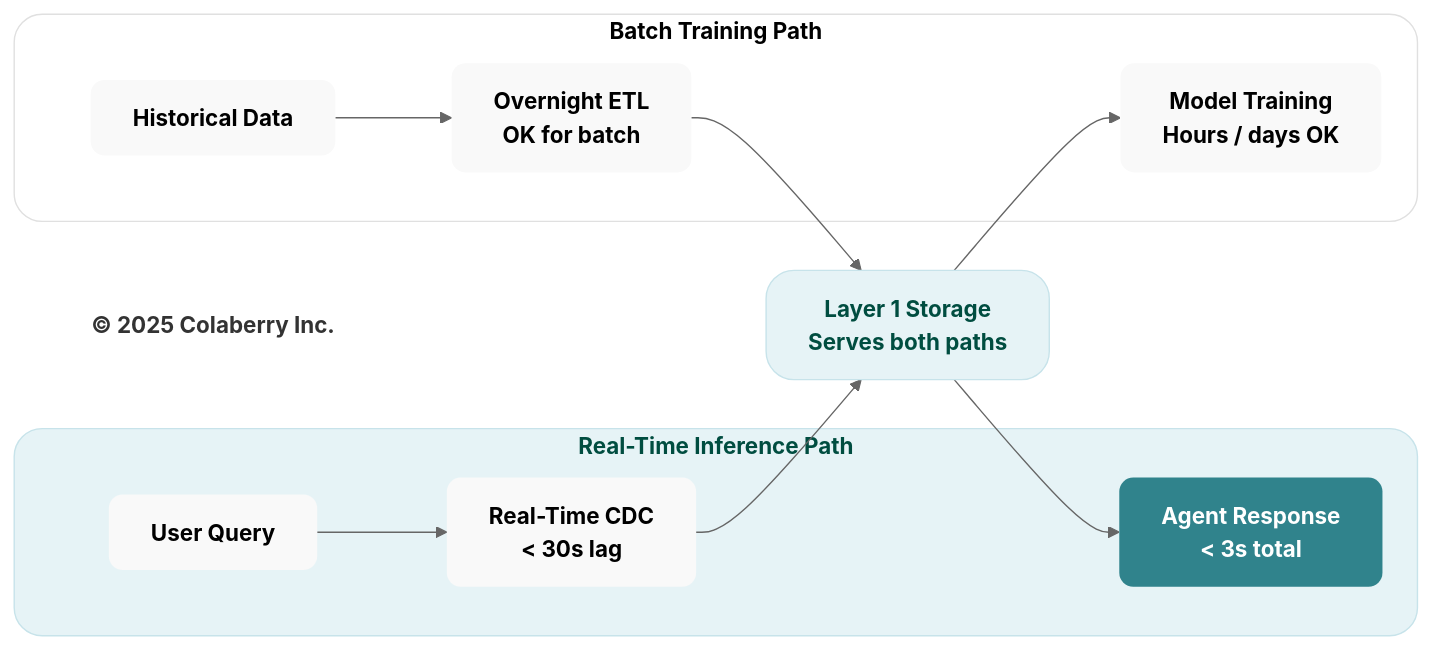
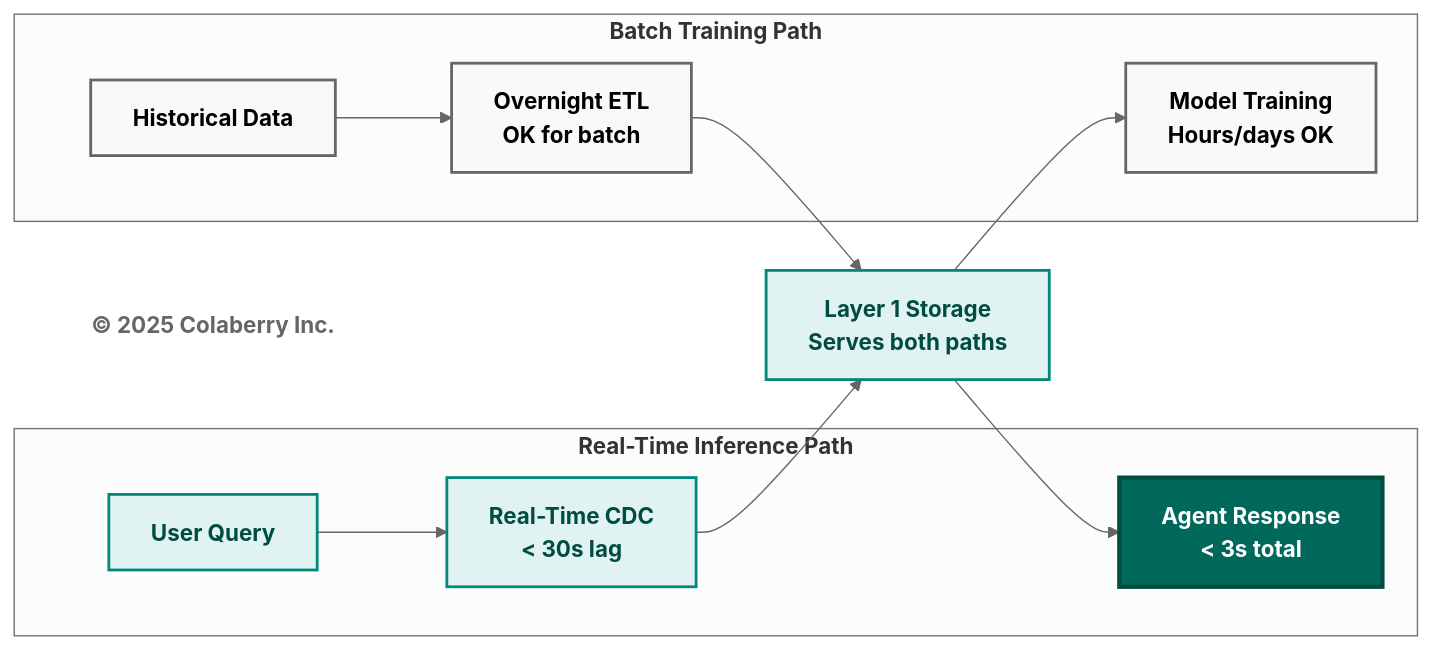
The eighth of 11 diagrams in manuscript/05_chapter_4_foundation_layers.md (saitejesh-cyber/trust-before-intelligence-book), drawn with Mermaid (neutral theme) before and after one commit. The commit also changed other lines of this file and 12 other files, not shown here.

Commit message:
Restore legacy Mermaid styles for Option 1

````diff
--- a/manuscript/05_chapter_4_foundation_layers.md
+++ b/manuscript/05_chapter_4_foundation_layers.md
@@ -854,32 +848,30 @@
 ```mermaid
 graph LR
-    subgraph RT["<b>Real-Time Inference Path</b>"]
+    subgraph "<b>Real-Time Inference Path</b>"
         I1["<b>User Query</b>"]
-        I2["<b>Real-Time CDC</b><br/><b>&lt; 30s lag</b>"]
-        I3["<b>Agent Response</b><br/><b>&lt; 3s total</b>"]
+        I2["<b>Real-Time CDC</b><br/><b>< 30s lag</b>"]
+        I3["<b>Agent Response</b><br/><b>< 3s total</b>"]
     end
     
-    subgraph BATCH["<b>Batch Training Path</b>"]
+    subgraph "<b>Batch Training Path</b>"
         T1["<b>Historical Data</b>"]
         T2["<b>Overnight ETL</b><br/><b>OK for batch</b>"]
-        T3["<b>Model Training</b><br/><b>Hours / days OK</b>"]
+        T3["<b>Model Training</b><br/><b>Hours/days OK</b>"]
     end
     
     STORAGE["<b>Layer 1 Storage</b><br/><b>Serves both paths</b>"]
     
     Copyright["<b>© 2025 Colaberry Inc.</b>"]
     
     I1 --> I2 --> STORAGE --> I3
     T1 --> T2 --> STORAGE --> T3
-
-    style RT fill:#e6f3f6,stroke:#c7e3ea,stroke-width:1px,color:#004d40,rx:20,ry:20
-    style I1 fill:#f9f9f9,stroke:none,color:#000000,rx:10,ry:10
-    style I2 fill:#f9f9f9,stroke:none,color:#000000,rx:10,ry:10
-    style I3 fill:#30838C,stroke:none,color:#ffffff,rx:10,ry:10
-    style BATCH fill:#ffffff,stroke:#e0e0e0,stroke-width:1px,color:#000000,rx:20,ry:20
-    style T1 fill:#f9f9f9,stroke:none,color:#000000,rx:10,ry:10
-    style T2 fill:#f9f9f9,stroke:none,color:#000000,rx:10,ry:10
-    style T3 fill:#f9f9f9,stroke:none,color:#000000,rx:10,ry:10
-    style STORAGE fill:#e6f3f6,stroke:#c7e3ea,stroke-width:1px,color:#004d40,rx:20,ry:20
-    style Copyright fill:none,stroke:none,color:#333333
+    
+    style I1 fill:#e0f2f1,stroke:#00897b,stroke-width:2px,color:#004d40
+    style I2 fill:#e0f2f1,stroke:#00897b,stroke-width:2px,color:#004d40
+    style I3 fill:#00695c,color:#ffffff,stroke:#004d40,stroke-width:3px
+    style T1 fill:#f9f9f9,stroke:#666666,stroke-width:2px,color:#000000
+    style T2 fill:#f9f9f9,stroke:#666666,stroke-width:2px,color:#000000
+    style T3 fill:#f9f9f9,stroke:#666666,stroke-width:2px,color:#000000
+    style STORAGE fill:#e0f2f1,stroke:#00897b,stroke-width:2px,color:#004d40
+    style Copyright fill:#ffffff,stroke:none,color:#666666
 ```
````
